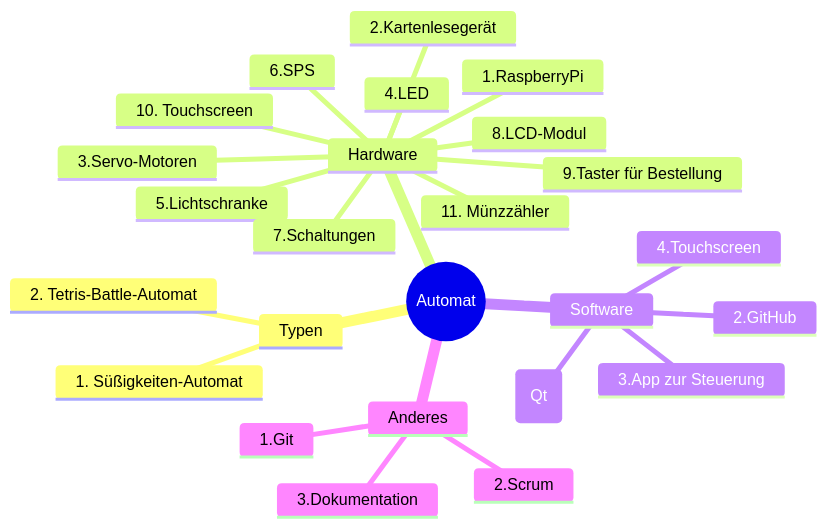
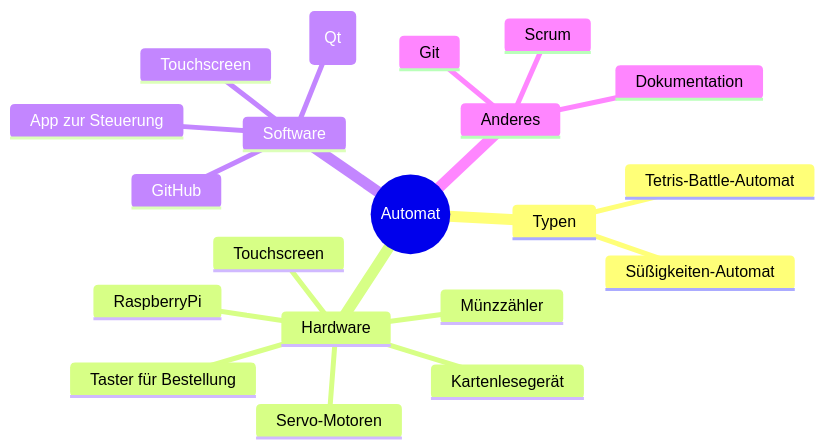
The diagram in README.md (Darabrob/Projekt_Automat), drawn with Mermaid before and after one commit.

````diff
--- a/README.md
+++ b/README.md
@@ -3,29 +3,24 @@
 ```mermaid
 mindmap
   root((Automat))
     Typen
-      1. Süßigkeiten-Automat
-      2. Tetris-Battle-Automat
+      Süßigkeiten-Automat
+      Tetris-Battle-Automat
     Hardware
-      1.RaspberryPi
-      2.Kartenlesegerät
-      3.Servo-Motoren
-      4.LED
-      5.Lichtschranke
-      6.SPS
-      7.Schaltungen
-      8.LCD-Modul
-      9.Taster für Bestellung
-      10. Touchscreen
-      11. Münzzähler
+      RaspberryPi
+      Kartenlesegerät
+      Servo-Motoren
+      Taster für Bestellung
+      Touchscreen
+      Münzzähler
     Software
-      1.Python/Java/C++(Qt)
-      2.GitHub
-      3.App zur Steuerung
-      4.Touchscreen
+      Python/Java/C++(Qt)
+      GitHub
+      App zur Steuerung
+      Touchscreen
     Anderes
-      1.Git
-      2.Scrum
-      3.Dokumentation
+      Git
+      Scrum
+      Dokumentation
 
 ```
````
